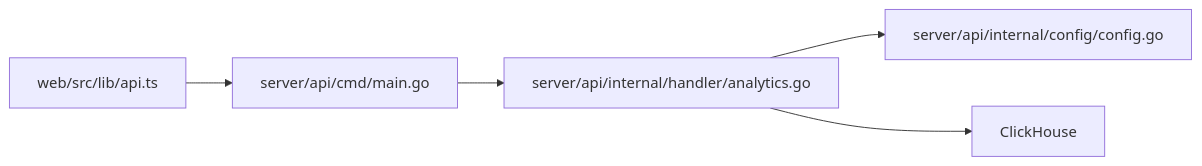
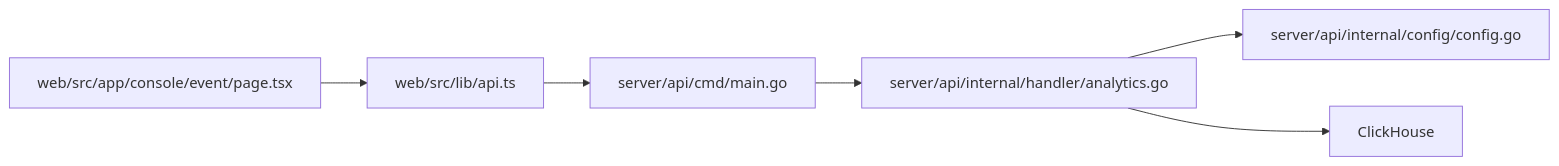
Before and after one commit to zhen-zhong/AeroLog: the fifth of 5 diagrams in .qoder/repowiki/zh/content/API参考/数据分析接口.md, drawn with Mermaid. The commit also changed other lines of this file and 84 other files, not shown here.

````diff
--- a/.qoder/repowiki/zh/content/API参考/数据分析接口.md
+++ b/.qoder/repowiki/zh/content/API参考/数据分析接口.md
@@ -246,7 +369,8 @@
 ```mermaid
 graph LR
 FE["web/src/lib/api.ts"] --> API_MAIN["server/api/cmd/main.go"]
 API_MAIN --> H_ANA["server/api/internal/handler/analytics.go"]
 H_ANA --> CFG["server/api/internal/config/config.go"]
 H_ANA --> CH["ClickHouse"]
+ENDPOINT_UI["web/src/app/console/event/page.tsx"] --> FE
 ```
````
